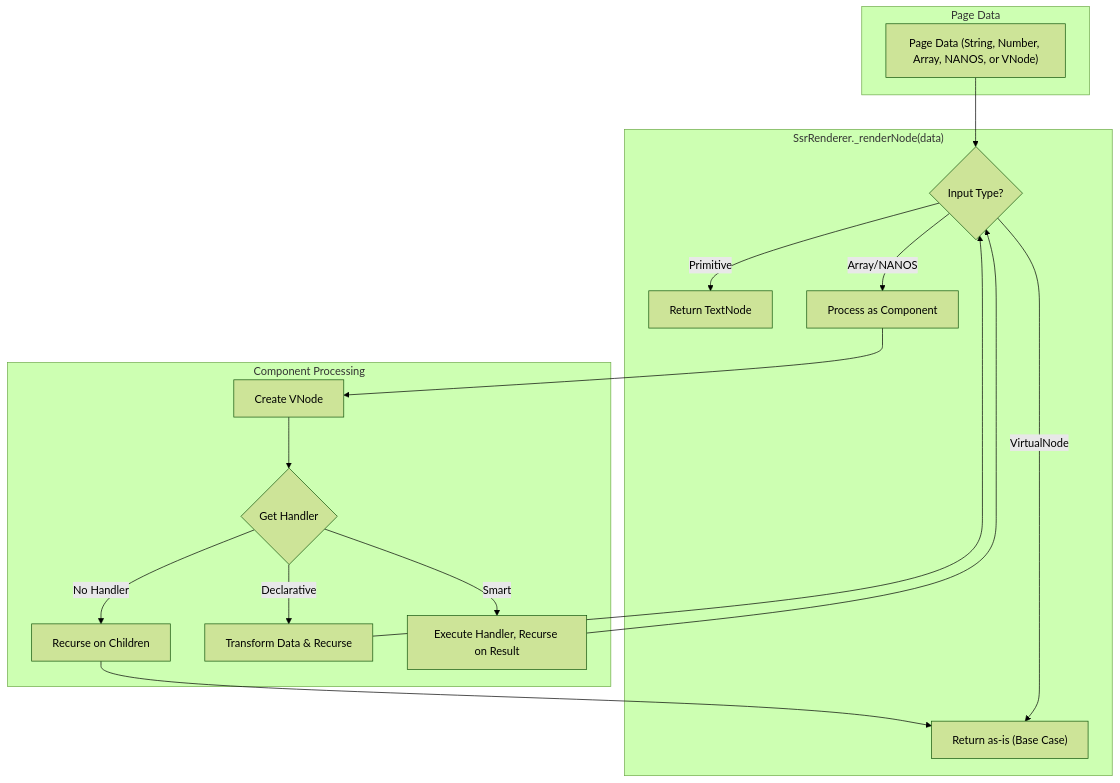
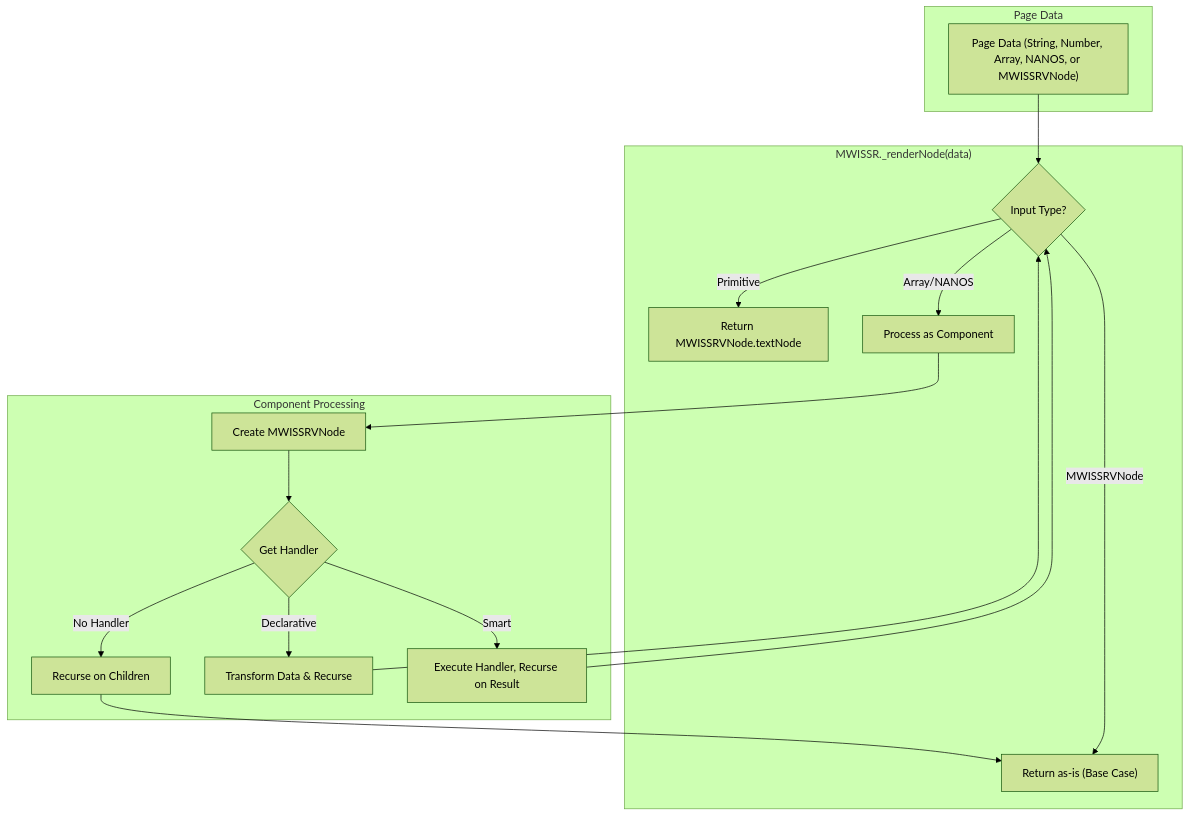
Before and after one commit to mesgjs/mesgjs-web: the diagram in architectural-plan/MWI-Architectural-Plan-v2.md, drawn with Mermaid (forest theme). The commit also changed other lines of this file and 7 other files, not shown here.

````diff
--- a/architectural-plan/MWI-Architectural-Plan-v2.md
+++ b/architectural-plan/MWI-Architectural-Plan-v2.md
@@ -13,26 +13,26 @@
 ```mermaid
 graph TD
     subgraph "Page Data"
-        A["Page Data (String, Number, Array, NANOS, or VNode)"]
+        A["Page Data (String, Number, Array, NANOS, or MWISSRVNode)"]
     end
 
-    subgraph "SsrRenderer._renderNode(data)"
+    subgraph "MWISSR._renderNode(data)"
         B{Input Type?}
-        B -- "Primitive" --> C[Return TextNode]
-        B -- "VirtualNode" --> D["Return as-is (Base Case)"]
+        B -- "Primitive" --> C[Return MWISSRVNode.textNode]
+        B -- "MWISSRVNode" --> D["Return as-is (Base Case)"]
         B -- "Array/NANOS" --> E[Process as Component]
     end
 
     subgraph "Component Processing"
-        E --> F[Create VNode]
+        E --> F[Create MWISSRVNode]
         F --> G{Get Handler}
         G -- "No Handler" --> H[Recurse on Children]
         G -- "Declarative" --> I[Transform Data & Recurse]
         G -- "Smart" --> J[Execute Handler, Recurse on Result]
     end
 
     A --> B
     H --> D
     I --> B
     J --> B
 ```
````
